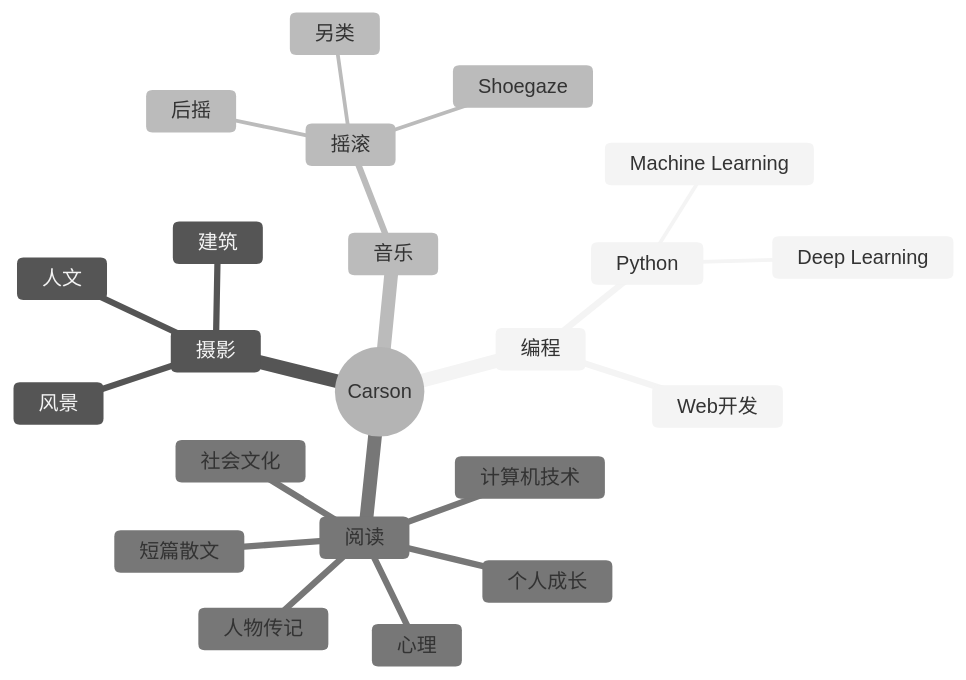
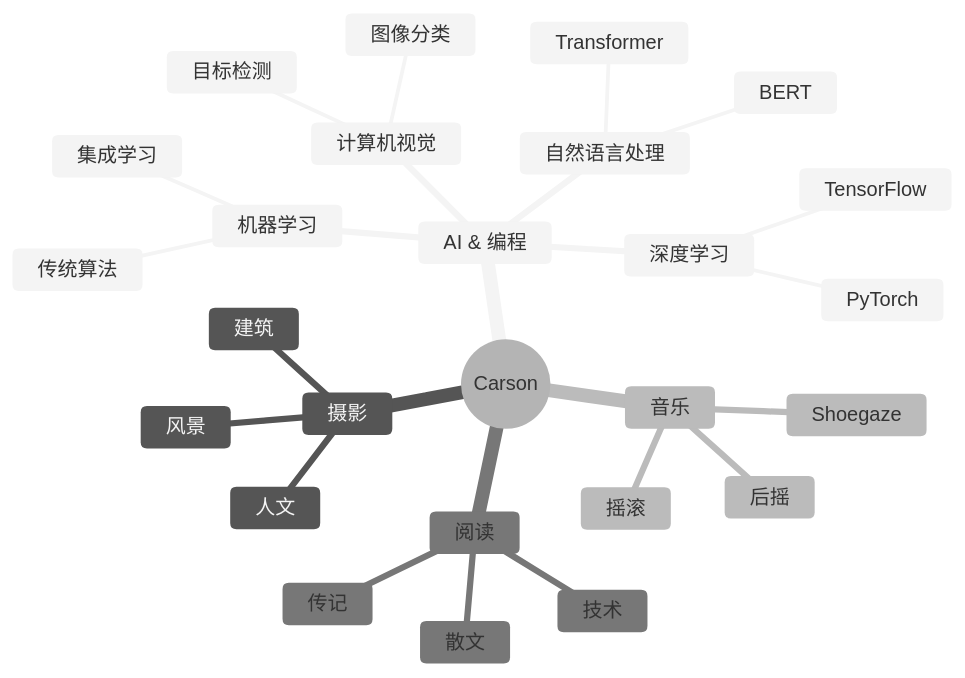
The diagram in README.md (CarsonLLuo/CarsonLLuo), drawn with Mermaid (neutral theme) before and after one commit. The commit also changed other lines of this file, not shown here.

````diff
--- a/README.md
+++ b/README.md
@@ -69,25 +64,29 @@
 ```mermaid
 mindmap
   root((Carson))
-    编程
-      Web开发
-      Python
-        Deep Learning
-        Machine Learning
+    AI & 编程
+      深度学习
+        PyTorch
+        TensorFlow
+      机器学习
+        传统算法
+        集成学习
+      计算机视觉
+        目标检测
+        图像分类
+      自然语言处理
+        Transformer
+        BERT
     摄影
       人文
       建筑
       风景
     音乐
       摇滚
-        后摇
-        另类
-        Shoegaze
+      后摇
+      Shoegaze
     阅读
-      短篇散文
-      人物传记
-      个人成长
-      社会文化
-      心理
-      计算机技术
+      散文
+      传记
+      技术
 ```
````
